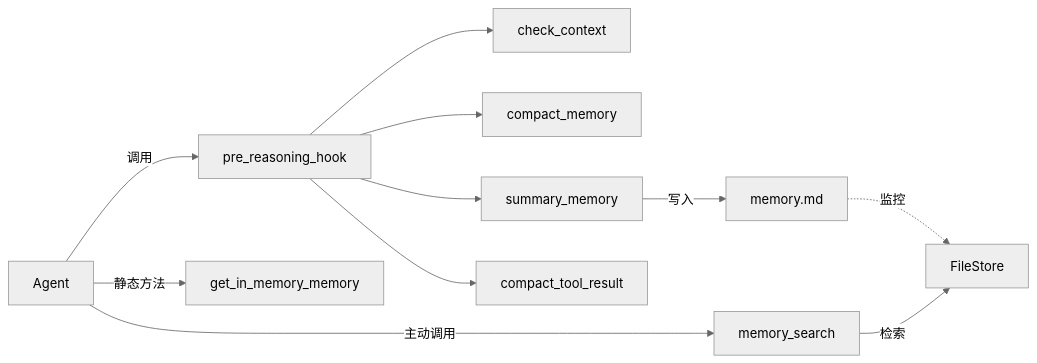
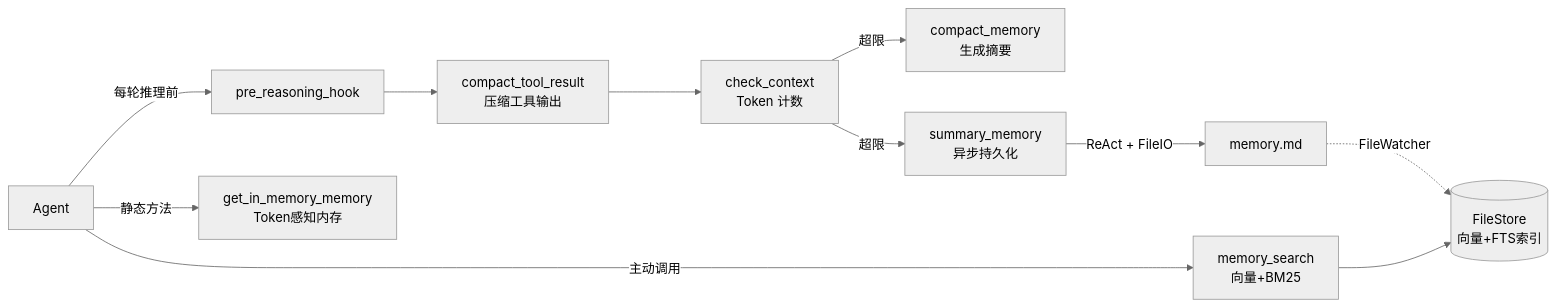
One commit to agentscope-ai/ReMe changed the first of 9 diagrams in README_ZH.md. Above: the diagram before and after it, drawn with Mermaid (neutral theme). The commit also changed other lines of this file, not shown here.

Commit message:
docs(readme): update Chinese documentation with enhanced memory management diagrams

````diff
--- a/README_ZH.md
+++ b/README_ZH.md
@@ -172,13 +172,13 @@
 ```mermaid
 graph LR
-    Agent[Agent] -->|调用| Hook[pre_reasoning_hook]
-    Hook --> CheckCtx[check_context]
-    Hook --> Compact[compact_memory]
-    Hook --> Summary[summary_memory]
-    Hook --> ToolCompact[compact_tool_result]
-    Agent -->|主动调用| Search[memory_search]
-    Agent -->|静态方法| InMem[get_in_memory_memory]
-    Summary -->|写入| Files[memory.md]
-    Files -.->|监控| Store[FileStore]
-    Search -->|检索| Store
+    Agent[Agent] -->|每轮推理前| Hook[pre_reasoning_hook]
+    Hook --> TC[compact_tool_result<br>压缩工具输出]
+    TC --> CC[check_context<br>Token 计数]
+    CC -->|超限| CM[compact_memory<br>生成摘要]
+    CC -->|超限| SM[summary_memory<br>异步持久化]
+    SM -->|ReAct + FileIO| Files[memory.md]
+    Agent -->|主动调用| Search[memory_search<br>向量+BM25]
+    Agent -->|静态方法| InMem[get_in_memory_memory<br>Token感知内存]
+    Files -.->|FileWatcher| Store[(FileStore<br>向量+FTS索引)]
+    Search --> Store
 ```
````
